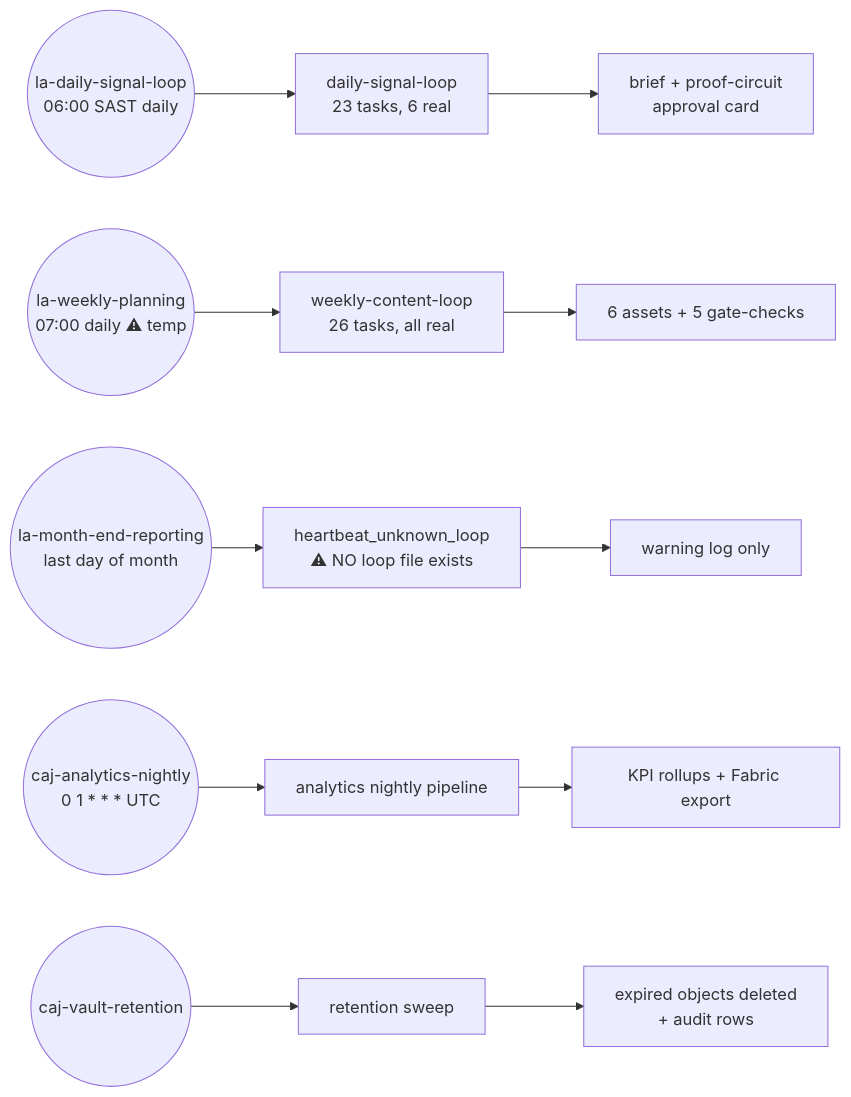
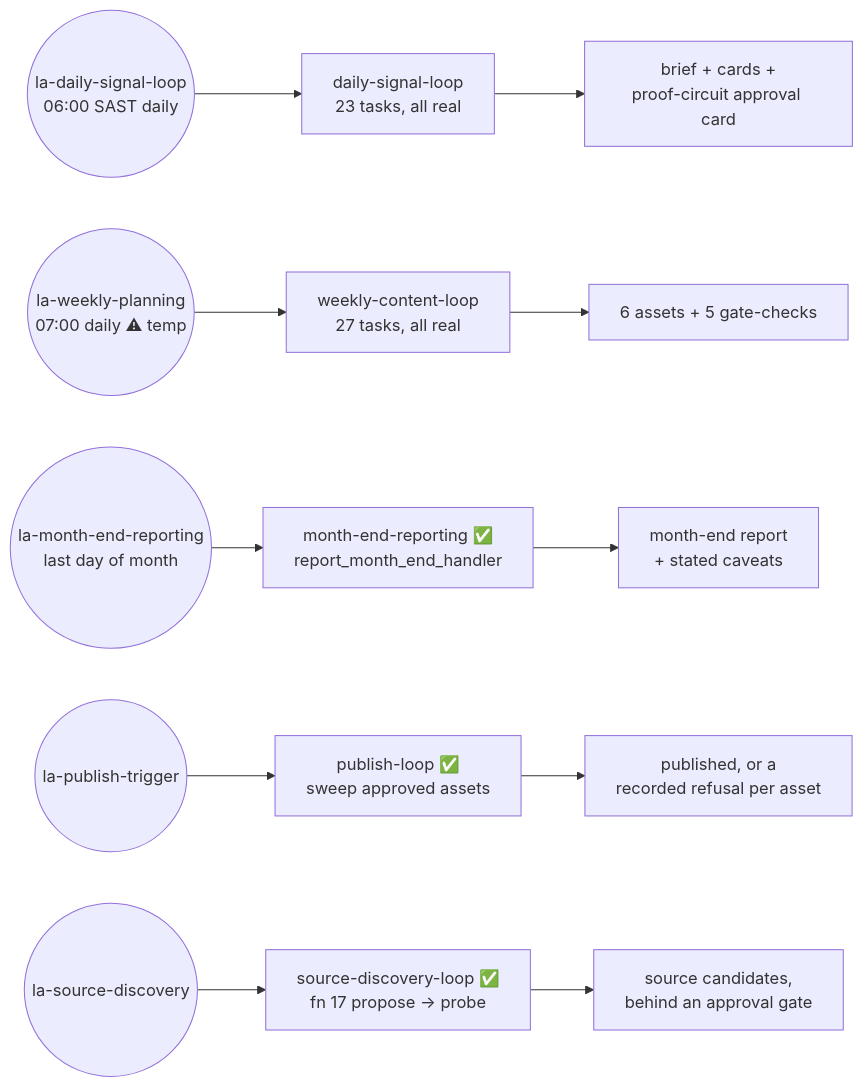
Before and after one commit to rooipiet-tech/Canvas-Marketing-OS: diagram 29 of 40 in docs/architecture/Comprehensive-System-Architecture-and-Process-Map.md, drawn with Mermaid. The commit also changed other lines of this file and 1 other file, not shown here.

````diff
--- a/docs/architecture/Comprehensive-System-Architecture-and-Process-Map.md
+++ b/docs/architecture/Comprehensive-System-Architecture-and-Process-Map.md
@@ -1476,8 +1482,8 @@
 ```mermaid
 flowchart LR
-  T1((la-daily-signal-loop<br/>06:00 SAST daily)) --> P1[daily-signal-loop<br/>23 tasks, 6 real] --> O1[brief + proof-circuit<br/>approval card]
-  T2((la-weekly-planning<br/>07:00 daily ⚠ temp)) --> P2[weekly-content-loop<br/>26 tasks, all real] --> O2[6 assets + 5 gate-checks]
-  T3((la-month-end-reporting<br/>last day of month)) --> P3["heartbeat_unknown_loop<br/>⚠ NO loop file exists"] --> O3[warning log only]
-  T4(("caj-analytics-nightly<br/>0 1 * * * UTC")) --> P4[analytics nightly pipeline] --> O4[KPI rollups + Fabric export]
-  T5((caj-vault-retention)) --> P5[retention sweep] --> O5[expired objects deleted<br/>+ audit rows]
+  T1((la-daily-signal-loop<br/>06:00 SAST daily)) --> P1[daily-signal-loop<br/>23 tasks, all real] --> O1[brief + cards +<br/>proof-circuit approval card]
+  T2((la-weekly-planning<br/>07:00 daily ⚠ temp)) --> P2[weekly-content-loop<br/>27 tasks, all real] --> O2[6 assets + 5 gate-checks]
+  T3((la-month-end-reporting<br/>last day of month)) --> P3["month-end-reporting ✅<br/>report_month_end_handler"] --> O3[month-end report<br/>+ stated caveats]
+  T6((la-publish-trigger)) --> P17["publish-loop ✅<br/>sweep approved assets"] --> O17[published, or a<br/>recorded refusal per asset]
+  T7((la-source-discovery)) --> P18["source-discovery-loop ✅<br/>fn 17 propose → probe"] --> O18[source candidates,<br/>behind an approval gate]
 ```
````
